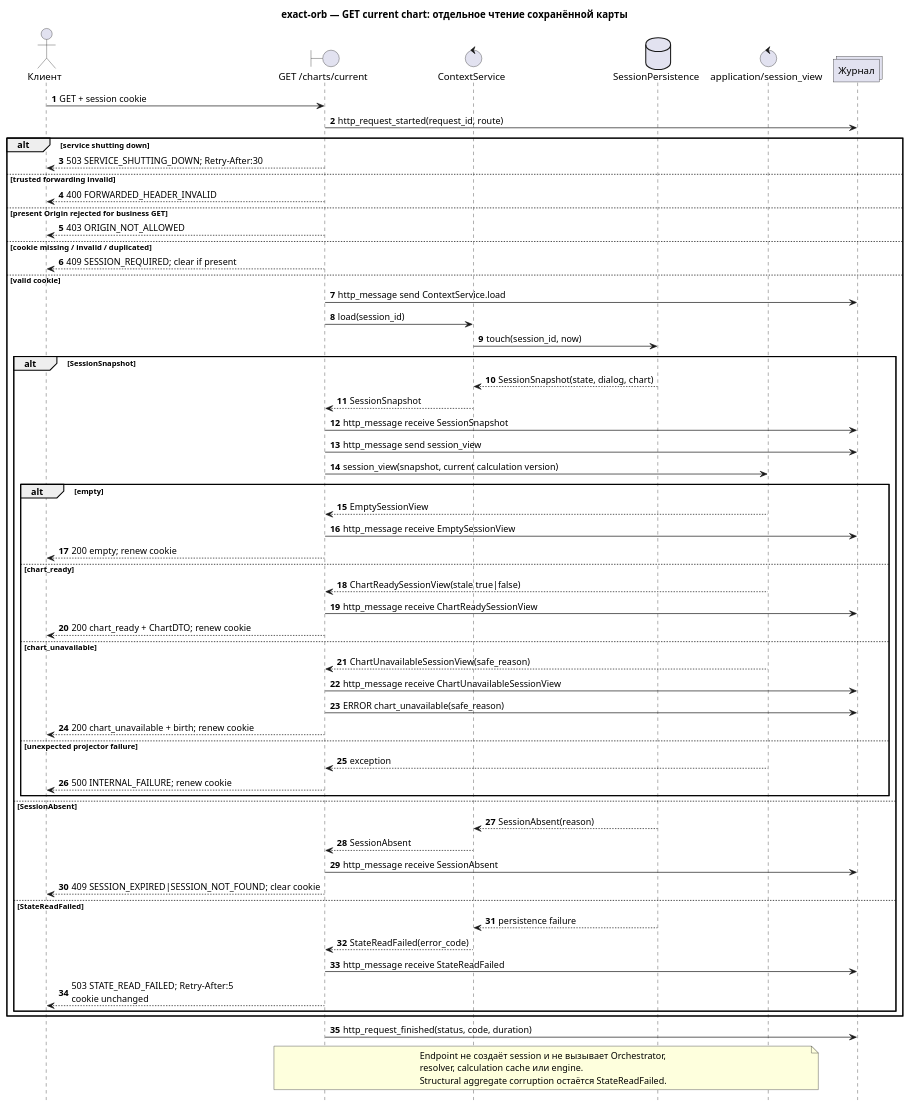
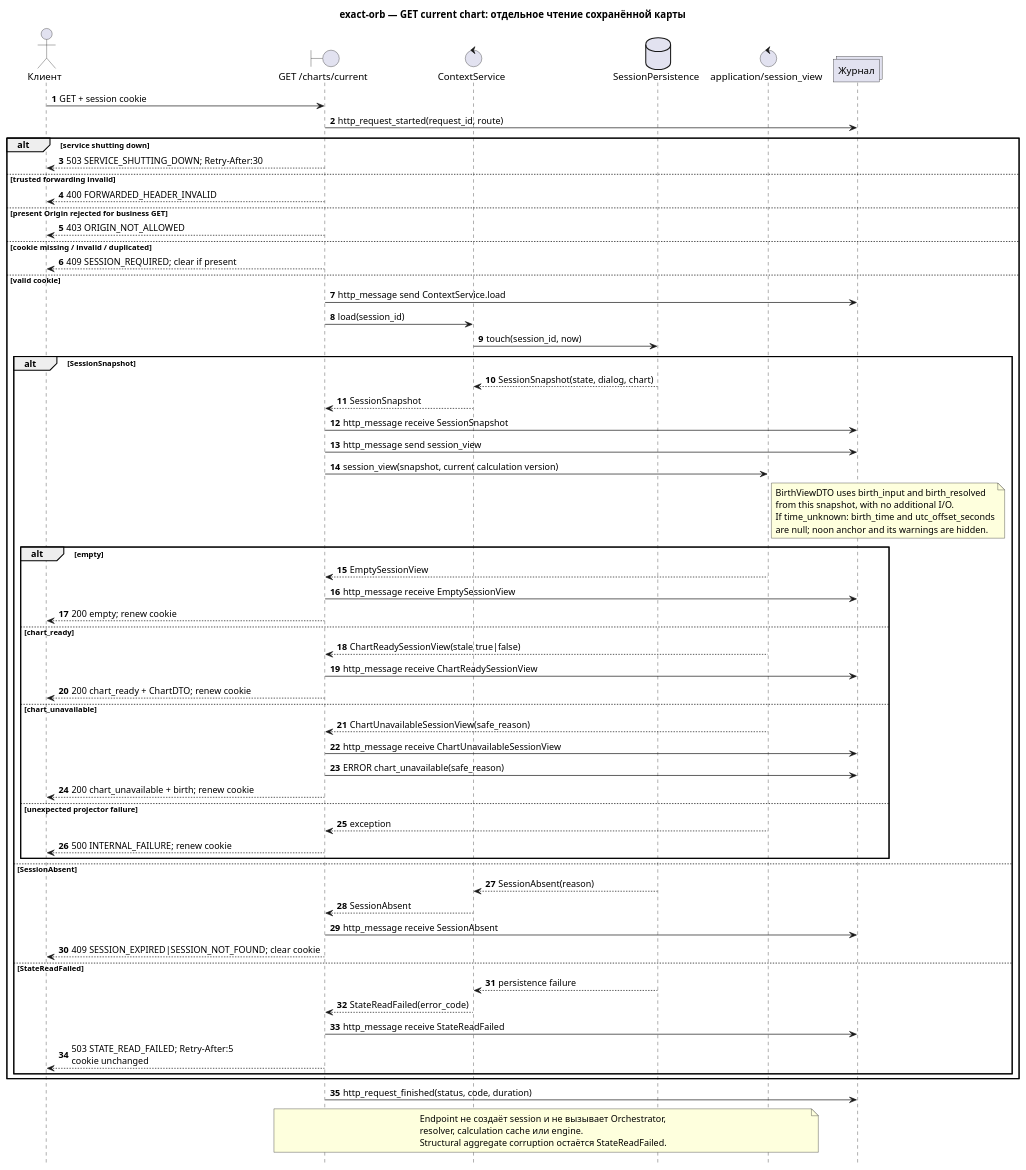
One commit to ksenia-baranova/exact-orb-demo changed the diagram in docs/sequence_diagrams/http_api/004-current-chart.puml. Above: the diagram before and after it, drawn with PlantUML. The commit also changed 19 other files, not shown here.

```diff
--- a/docs/sequence_diagrams/http_api/004-current-chart.puml
+++ b/docs/sequence_diagrams/http_api/004-current-chart.puml
@@ -1,78 +1,84 @@
 @startuml
 title exact-orb — GET current chart: отдельное чтение сохранённой карты
 
 autonumber
 hide footbox
 skinparam shadowing false
 skinparam responseMessageBelowArrow true
 
 actor "Клиент" as Client
 boundary "GET /charts/current" as API
 control "ContextService" as Context
 database "SessionPersistence" as Store
 control "application/session_view" as View
 collections "Журнал" as Log
 
 Client -> API : GET + session cookie
 API -> Log : http_request_started(request_id, route)
 
 alt service shutting down
     API --> Client : 503 SERVICE_SHUTTING_DOWN; Retry-After:30
 else trusted forwarding invalid
     API --> Client : 400 FORWARDED_HEADER_INVALID
 else present Origin rejected for business GET
     API --> Client : 403 ORIGIN_NOT_ALLOWED
 else cookie missing / invalid / duplicated
     API --> Client : 409 SESSION_REQUIRED; clear if present
 else valid cookie
     API -> Log : http_message send ContextService.load
     API -> Context : load(session_id)
     Context -> Store : touch(session_id, now)
 
     alt SessionSnapshot
         Store --> Context : SessionSnapshot(state, dialog, chart)
         Context --> API : SessionSnapshot
         API -> Log : http_message receive SessionSnapshot
         API -> Log : http_message send session_view
         API -> View : session_view(snapshot, current calculation version)
+        note right of View
+        BirthViewDTO uses birth_input and birth_resolved
+        from this snapshot, with no additional I/O.
+        If time_unknown: birth_time and utc_offset_seconds
+        are null; noon anchor and its warnings are hidden.
+        end note
 
         alt empty
             View --> API : EmptySessionView
             API -> Log : http_message receive EmptySessionView
             API --> Client : 200 empty; renew cookie
         else chart_ready
             View --> API : ChartReadySessionView(stale true|false)
             API -> Log : http_message receive ChartReadySessionView
             API --> Client : 200 chart_ready + ChartDTO; renew cookie
         else chart_unavailable
             View --> API : ChartUnavailableSessionView(safe_reason)
             API -> Log : http_message receive ChartUnavailableSessionView
             API -> Log : ERROR chart_unavailable(safe_reason)
             API --> Client : 200 chart_unavailable + birth; renew cookie
         else unexpected projector failure
             View --> API : exception
             API --> Client : 500 INTERNAL_FAILURE; renew cookie
         end
 
     else SessionAbsent
         Store --> Context : SessionAbsent(reason)
         Context --> API : SessionAbsent
         API -> Log : http_message receive SessionAbsent
         API --> Client : 409 SESSION_EXPIRED|SESSION_NOT_FOUND; clear cookie
     else StateReadFailed
         Store --> Context : persistence failure
         Context --> API : StateReadFailed(error_code)
         API -> Log : http_message receive StateReadFailed
         API --> Client : 503 STATE_READ_FAILED; Retry-After:5\ncookie unchanged
     end
 end
 
 API -> Log : http_request_finished(status, code, duration)
 
 note over API, View
 Endpoint не создаёт session и не вызывает Orchestrator,
 resolver, calculation cache или engine.
 Structural aggregate corruption остаётся StateReadFailed.
 end note
 
 @enduml
```
